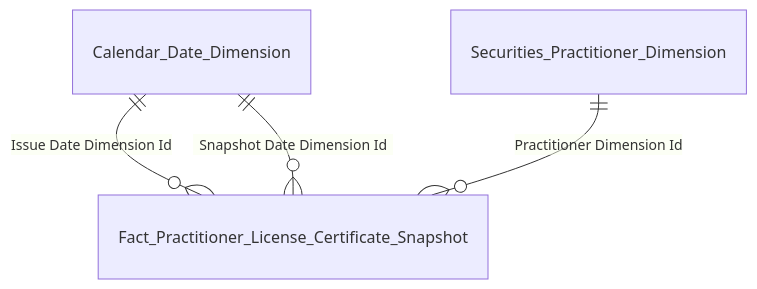
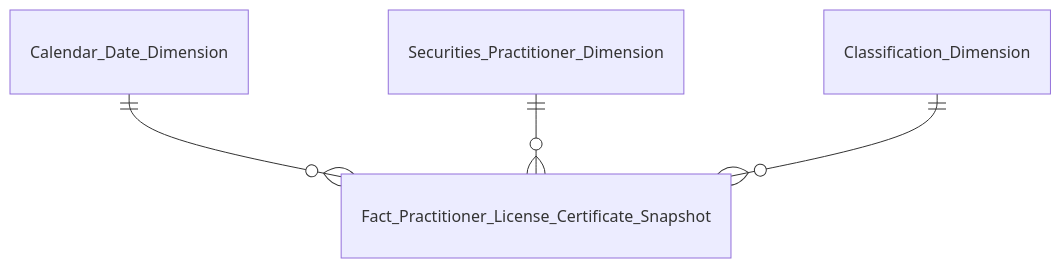
The second of 6 diagrams in Datamart/hld/DTM_NHNCK_Entities.md (linhlvit/ubck_atomic_design), drawn with Mermaid before and after one commit. The commit also changed other lines of this file and 25 other files, not shown here.

````diff
--- a/Datamart/hld/DTM_NHNCK_Entities.md
+++ b/Datamart/hld/DTM_NHNCK_Entities.md
@@ -46,6 +48,6 @@
 ```mermaid
 erDiagram
-    Calendar_Date_Dimension ||--o{ Fact_Practitioner_License_Certificate_Snapshot : "Issue Date Dimension Id"
-    Calendar_Date_Dimension ||--o{ Fact_Practitioner_License_Certificate_Snapshot : "Snapshot Date Dimension Id"
-    Securities_Practitioner_Dimension ||--o{ Fact_Practitioner_License_Certificate_Snapshot : "Practitioner Dimension Id"
+    Calendar_Date_Dimension ||--o{ Fact_Practitioner_License_Certificate_Snapshot : " "
+    Securities_Practitioner_Dimension ||--o{ Fact_Practitioner_License_Certificate_Snapshot : " "
+    Classification_Dimension ||--o{ Fact_Practitioner_License_Certificate_Snapshot : " "
 ```
````
